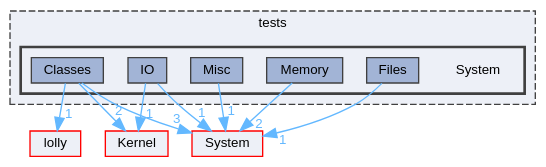
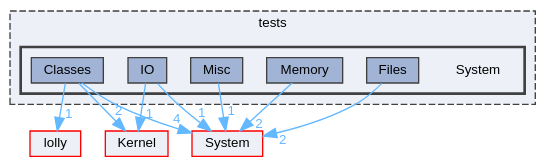
Before and after one commit to XmacsLabs/lolly: the diagram in dir_df16762c41d55ab81241d1dd50493298_dep.dot, drawn with Graphviz. The commit also changed 998 other files, not shown here.

```diff
--- a/dir_df16762c41d55ab81241d1dd50493298_dep.dot
+++ b/dir_df16762c41d55ab81241d1dd50493298_dep.dot
@@ -1,31 +1,31 @@
 digraph "System"
 {
  // LATEX_PDF_SIZE
   bgcolor="transparent";
   edge [fontname=Helvetica,fontsize=10,labelfontname=Helvetica,labelfontsize=10];
   node [fontname=Helvetica,fontsize=10,shape=box,height=0.2,width=0.4];
   compound=true
   subgraph clusterdir_59425e443f801f1f2fd8bbe4959a3ccf {
     graph [ bgcolor="#edf0f7", pencolor="grey25", label="tests", fontname=Helvetica,fontsize=10 style="filled,dashed", URL="dir_59425e443f801f1f2fd8bbe4959a3ccf.html",tooltip=""]
   subgraph clusterdir_df16762c41d55ab81241d1dd50493298 {
     graph [ bgcolor="#edf0f7", pencolor="grey25", label="", fontname=Helvetica,fontsize=10 style="filled,bold", URL="dir_df16762c41d55ab81241d1dd50493298.html",tooltip=""]
     dir_df16762c41d55ab81241d1dd50493298 [shape=plaintext, label="System"];
   dir_65f9eac74ca93bae69ff732ea7466b4e [label="Classes", fillcolor="#a2b4d6", color="grey25", style="filled", URL="dir_65f9eac74ca93bae69ff732ea7466b4e.html",tooltip=""];
   dir_eeb941f42ec450c4cf9f9875dc9efc37 [label="Files", fillcolor="#a2b4d6", color="grey25", style="filled", URL="dir_eeb941f42ec450c4cf9f9875dc9efc37.html",tooltip=""];
   dir_a11ca1b644fc2f4eb768a49f0548af75 [label="IO", fillcolor="#a2b4d6", color="grey25", style="filled", URL="dir_a11ca1b644fc2f4eb768a49f0548af75.html",tooltip=""];
   dir_23ee80e664ec28360f8e5b33977d5516 [label="Memory", fillcolor="#a2b4d6", color="grey25", style="filled", URL="dir_23ee80e664ec28360f8e5b33977d5516.html",tooltip=""];
   dir_8bb057f359b3d5147f263316ac4f8ac7 [label="Misc", fillcolor="#a2b4d6", color="grey25", style="filled", URL="dir_8bb057f359b3d5147f263316ac4f8ac7.html",tooltip=""];
   }
   }
   dir_4e4e38b7a3cbd015b31043c806009c51 [label="lolly", fillcolor="#edf0f7", color="red", style="filled", URL="dir_4e4e38b7a3cbd015b31043c806009c51.html",tooltip=""];
   dir_52bed8acfaac088d5968cb2c84d7645d [label="Kernel", fillcolor="#edf0f7", color="red", style="filled", URL="dir_52bed8acfaac088d5968cb2c84d7645d.html",tooltip=""];
   dir_9af51e3826d4f9e80d9103b2de543e84 [label="System", fillcolor="#edf0f7", color="red", style="filled", URL="dir_9af51e3826d4f9e80d9103b2de543e84.html",tooltip=""];
-  dir_65f9eac74ca93bae69ff732ea7466b4e->dir_4e4e38b7a3cbd015b31043c806009c51 [headlabel="1", labeldistance=1.5 headhref="dir_000004_000028.html" href="dir_000004_000028.html" color="steelblue1" fontcolor="steelblue1"];
-  dir_65f9eac74ca93bae69ff732ea7466b4e->dir_52bed8acfaac088d5968cb2c84d7645d [headlabel="2", labeldistance=1.5 headhref="dir_000004_000025.html" href="dir_000004_000025.html" color="steelblue1" fontcolor="steelblue1"];
-  dir_65f9eac74ca93bae69ff732ea7466b4e->dir_9af51e3826d4f9e80d9103b2de543e84 [headlabel="3", labeldistance=1.5 headhref="dir_000004_000039.html" href="dir_000004_000039.html" color="steelblue1" fontcolor="steelblue1"];
-  dir_eeb941f42ec450c4cf9f9875dc9efc37->dir_9af51e3826d4f9e80d9103b2de543e84 [headlabel="1", labeldistance=1.5 headhref="dir_000014_000039.html" href="dir_000014_000039.html" color="steelblue1" fontcolor="steelblue1"];
-  dir_a11ca1b644fc2f4eb768a49f0548af75->dir_52bed8acfaac088d5968cb2c84d7645d [headlabel="1", labeldistance=1.5 headhref="dir_000023_000025.html" href="dir_000023_000025.html" color="steelblue1" fontcolor="steelblue1"];
-  dir_a11ca1b644fc2f4eb768a49f0548af75->dir_9af51e3826d4f9e80d9103b2de543e84 [headlabel="1", labeldistance=1.5 headhref="dir_000023_000039.html" href="dir_000023_000039.html" color="steelblue1" fontcolor="steelblue1"];
-  dir_23ee80e664ec28360f8e5b33977d5516->dir_9af51e3826d4f9e80d9103b2de543e84 [headlabel="2", labeldistance=1.5 headhref="dir_000031_000039.html" href="dir_000031_000039.html" color="steelblue1" fontcolor="steelblue1"];
-  dir_8bb057f359b3d5147f263316ac4f8ac7->dir_9af51e3826d4f9e80d9103b2de543e84 [headlabel="1", labeldistance=1.5 headhref="dir_000033_000039.html" href="dir_000033_000039.html" color="steelblue1" fontcolor="steelblue1"];
+  dir_65f9eac74ca93bae69ff732ea7466b4e->dir_4e4e38b7a3cbd015b31043c806009c51 [headlabel="1", labeldistance=1.5 headhref="dir_000005_000031.html" href="dir_000005_000031.html" color="steelblue1" fontcolor="steelblue1"];
+  dir_65f9eac74ca93bae69ff732ea7466b4e->dir_52bed8acfaac088d5968cb2c84d7645d [headlabel="2", labeldistance=1.5 headhref="dir_000005_000028.html" href="dir_000005_000028.html" color="steelblue1" fontcolor="steelblue1"];
+  dir_65f9eac74ca93bae69ff732ea7466b4e->dir_9af51e3826d4f9e80d9103b2de543e84 [headlabel="4", labeldistance=1.5 headhref="dir_000005_000046.html" href="dir_000005_000046.html" color="steelblue1" fontcolor="steelblue1"];
+  dir_eeb941f42ec450c4cf9f9875dc9efc37->dir_9af51e3826d4f9e80d9103b2de543e84 [headlabel="2", labeldistance=1.5 headhref="dir_000016_000046.html" href="dir_000016_000046.html" color="steelblue1" fontcolor="steelblue1"];
+  dir_a11ca1b644fc2f4eb768a49f0548af75->dir_52bed8acfaac088d5968cb2c84d7645d [headlabel="1", labeldistance=1.5 headhref="dir_000025_000028.html" href="dir_000025_000028.html" color="steelblue1" fontcolor="steelblue1"];
+  dir_a11ca1b644fc2f4eb768a49f0548af75->dir_9af51e3826d4f9e80d9103b2de543e84 [headlabel="1", labeldistance=1.5 headhref="dir_000025_000046.html" href="dir_000025_000046.html" color="steelblue1" fontcolor="steelblue1"];
+  dir_23ee80e664ec28360f8e5b33977d5516->dir_9af51e3826d4f9e80d9103b2de543e84 [headlabel="2", labeldistance=1.5 headhref="dir_000035_000046.html" href="dir_000035_000046.html" color="steelblue1" fontcolor="steelblue1"];
+  dir_8bb057f359b3d5147f263316ac4f8ac7->dir_9af51e3826d4f9e80d9103b2de543e84 [headlabel="1", labeldistance=1.5 headhref="dir_000037_000046.html" href="dir_000037_000046.html" color="steelblue1" fontcolor="steelblue1"];
 }
```
